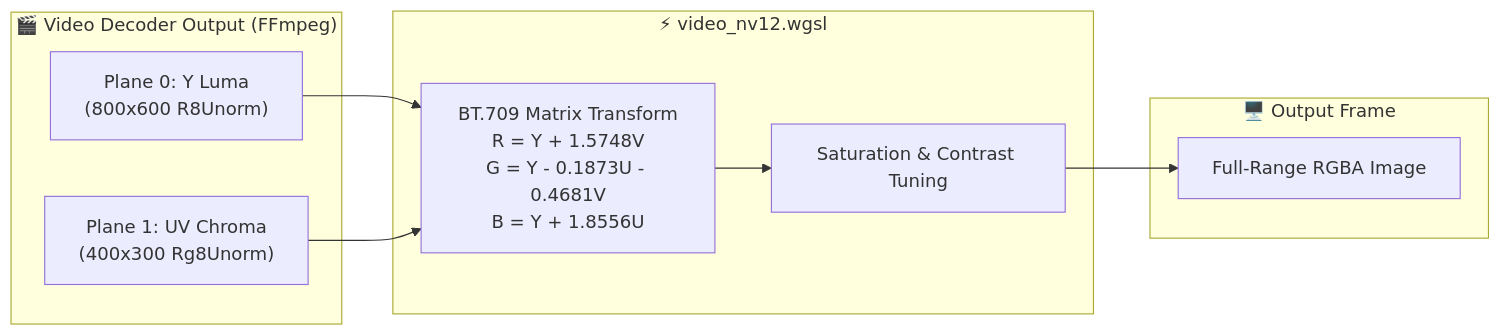
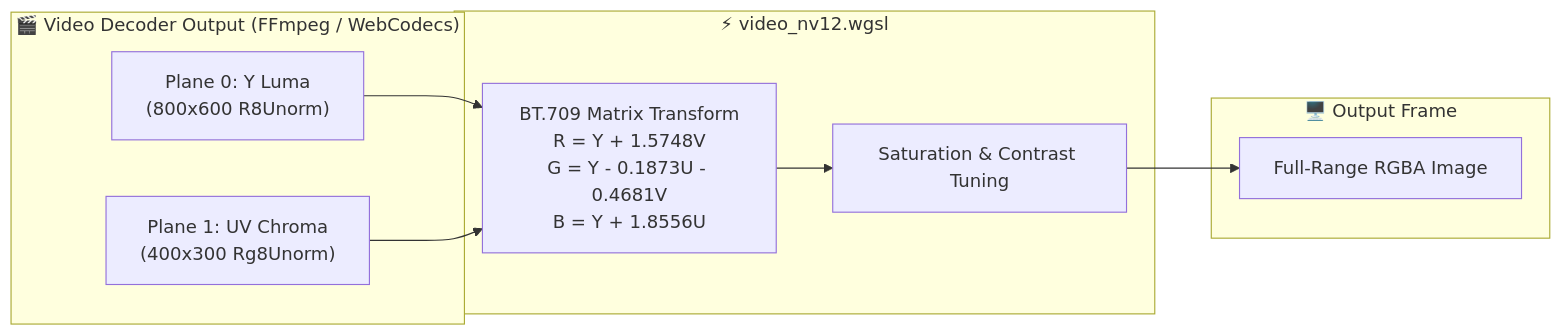
One commit to danphong23/ifol-animation changed the diagram in crates/ifol-gpu/tests/reports/tc99_video_nv12_pipeline_report.md. Above: the diagram before and after it, drawn with Mermaid. The commit also changed other lines of this file and 50 other files, not shown here.

````diff
--- a/crates/ifol-gpu/tests/reports/tc99_video_nv12_pipeline_report.md
+++ b/crates/ifol-gpu/tests/reports/tc99_video_nv12_pipeline_report.md
@@ -19,21 +18,21 @@
 ```mermaid
 flowchart LR
-    subgraph Video_Decoder["🎬 Video Decoder Output (FFmpeg)"]
+    subgraph Video_Decoder["🎬 Video Decoder Output (FFmpeg / WebCodecs)"]
         Y["Plane 0: Y Luma<br/>(800x600 R8Unorm)"]
         UV["Plane 1: UV Chroma<br/>(400x300 Rg8Unorm)"]
     end
 
     subgraph GPU_Shader["⚡ video_nv12.wgsl"]
         BT["BT.709 Matrix Transform<br/>R = Y + 1.5748V<br/>G = Y - 0.1873U - 0.4681V<br/>B = Y + 1.8556U"]
         ADJ["Saturation & Contrast Tuning"]
         BT --> ADJ
     end
 
     subgraph Output["🖥️ Output Frame"]
         RGB["Full-Range RGBA Image"]
     end
 
     Y --> BT
     UV --> BT
     ADJ --> RGB
 ```
````
